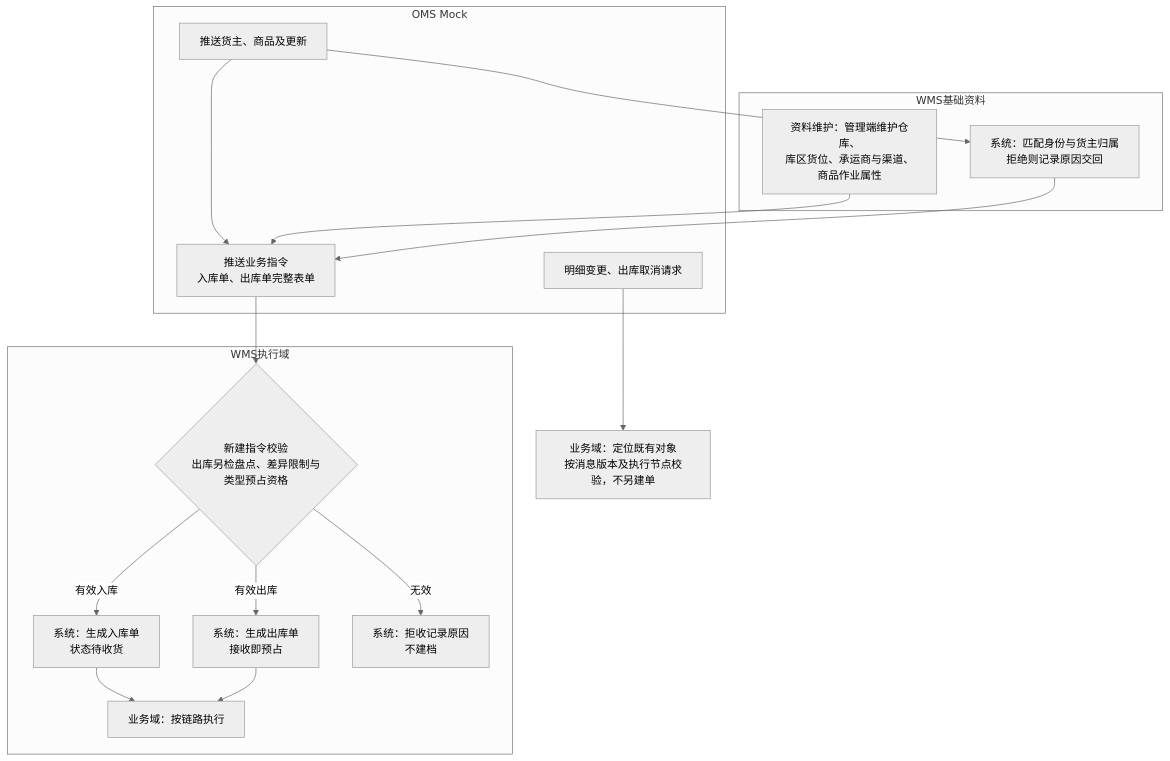
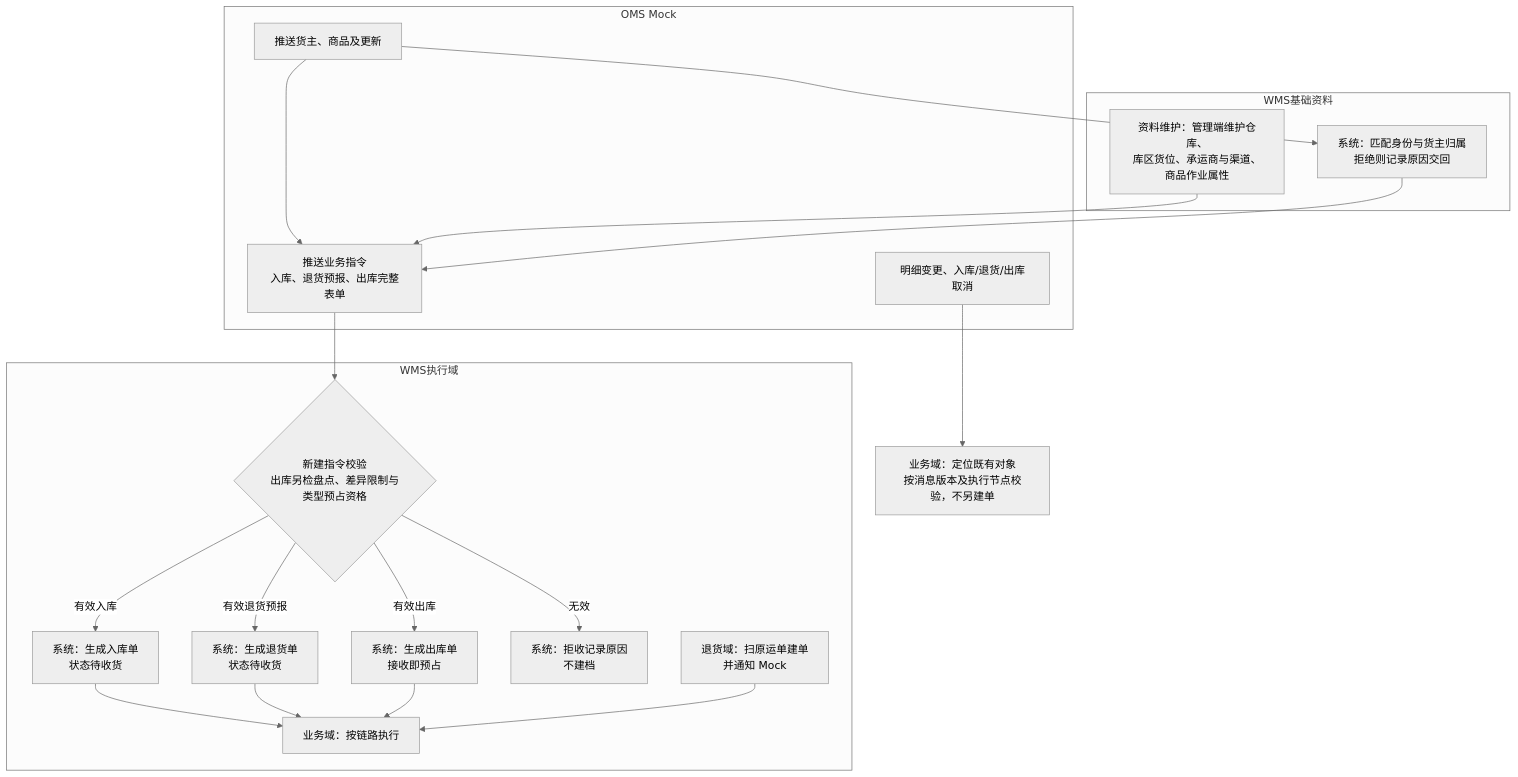
Before and after one commit to TopVitamin/QS-WMS-Project: the first of 6 diagrams in 05-应用设计方案/20261002-MVP版本/系统架构设计/01-系统流程与单据交互.md, drawn with Mermaid (neutral theme). The commit also changed other lines of this file and 151 other files, not shown here.

````diff
--- a/05-应用设计方案/20261002-MVP版本/系统架构设计/01-系统流程与单据交互.md
+++ b/05-应用设计方案/20261002-MVP版本/系统架构设计/01-系统流程与单据交互.md
@@ -20,28 +21,33 @@
 ```mermaid
 flowchart TB
     subgraph OMS Mock
-        A[推送货主、商品及更新] --> B[推送业务指令<br/>入库单、出库单完整表单]
-        D[明细变更、出库取消请求]
+        A[推送货主、商品及更新] --> B[推送业务指令<br/>入库、退货预报、出库完整表单]
+        D[明细变更、入库/退货/出库取消]
     end
     subgraph WMS基础资料
         M1[系统：匹配身份与货主归属<br/>拒绝则记录原因交回]
         M2[资料维护：管理端维护仓库、<br/>库区货位、承运商与渠道、商品作业属性]
     end
     subgraph WMS执行域
         E1{新建指令校验<br/>出库另检盘点、差异限制与类型预占资格}
         E2[系统：生成入库单<br/>状态待收货]
+        E2R[系统：生成退货单<br/>状态待收货]
         E3[系统：生成出库单<br/>接收即预占]
         E4[系统：拒收记录原因<br/>不建档]
+        W2R[退货域：扫原运单建单<br/>并通知 Mock]
         F[业务域：按链路执行]
     end
     A --> M1
     M2 --> B
     M1 --> B
     B --> E1
     E1 -->|有效入库| E2
+    E1 -->|有效退货预报| E2R
     E1 -->|有效出库| E3
     E1 -->|无效| E4
     E2 --> F
+    E2R --> F
     E3 --> F
+    W2R --> F
     D --> V[业务域：定位既有对象<br/>按消息版本及执行节点校验，不另建单]
 ```
````
